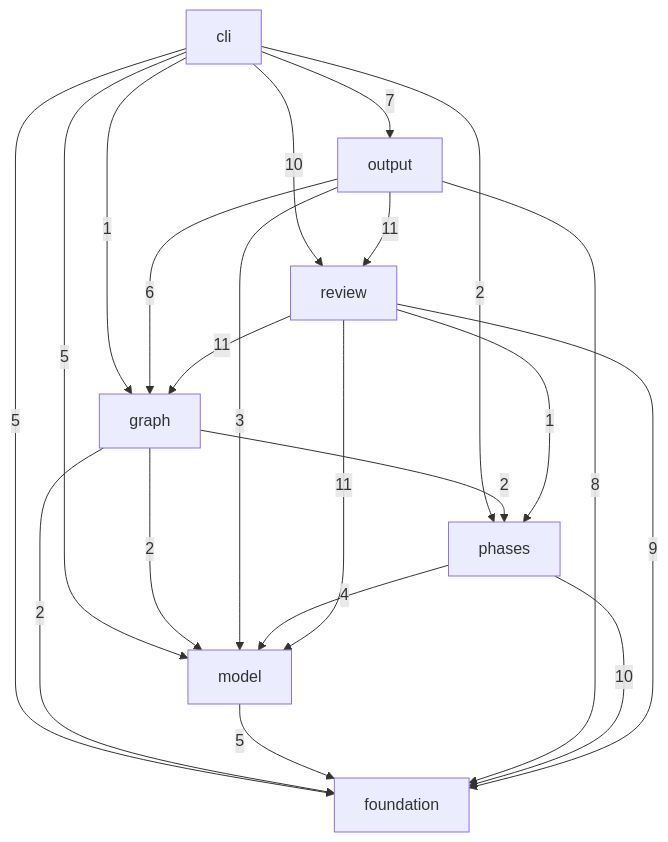
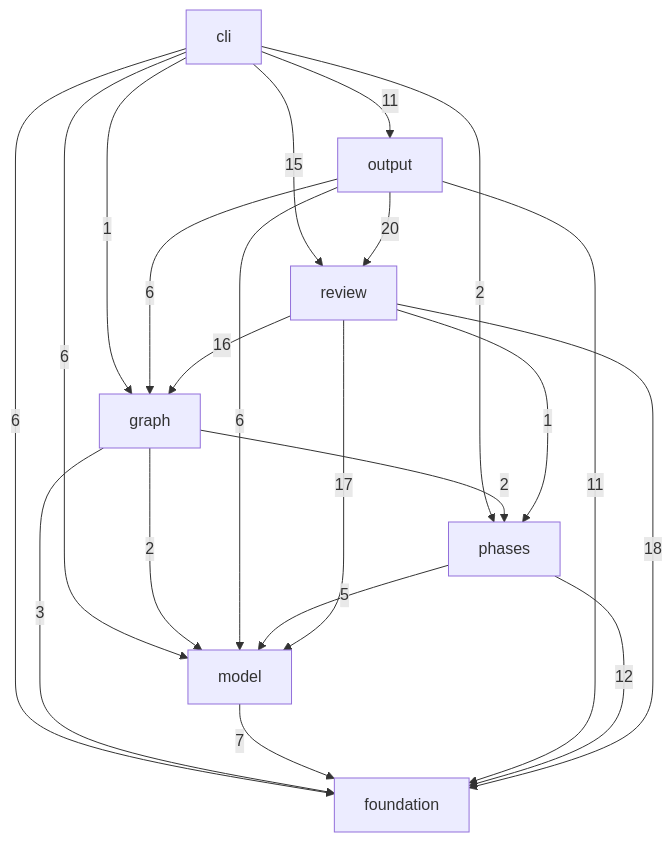
The diagram in anarch.md (StevenACoffman/codetospec), drawn with Mermaid before and after one commit. The commit also changed other lines of this file and 4 other files, not shown here.

First line of the commit message:
anarch: place the newer packages and make the architecture job gate (#22)

````diff
--- a/anarch.md
+++ b/anarch.md
@@ -33,30 +33,30 @@
 ```mermaid
 flowchart TD
   s0["cli"]
   s1["output"]
   s2["review"]
   s3["graph"]
   s4["phases"]
   s5["model"]
   s6["foundation"]
-  s0 -->|5| s6
+  s0 -->|6| s6
   s0 -->|1| s3
-  s0 -->|5| s5
-  s0 -->|7| s1
+  s0 -->|6| s5
+  s0 -->|11| s1
   s0 -->|2| s4
-  s0 -->|10| s2
-  s3 -->|2| s6
+  s0 -->|15| s2
+  s3 -->|3| s6
   s3 -->|2| s5
   s3 -->|2| s4
-  s5 -->|5| s6
-  s1 -->|8| s6
+  s5 -->|7| s6
+  s1 -->|11| s6
   s1 -->|6| s3
-  s1 -->|3| s5
-  s1 -->|11| s2
-  s4 -->|10| s6
-  s4 -->|4| s5
-  s2 -->|9| s6
-  s2 -->|11| s3
-  s2 -->|11| s5
+  s1 -->|6| s5
+  s1 -->|20| s2
+  s4 -->|12| s6
+  s4 -->|5| s5
+  s2 -->|18| s6
+  s2 -->|16| s3
+  s2 -->|17| s5
   s2 -->|1| s4
 ```
````
